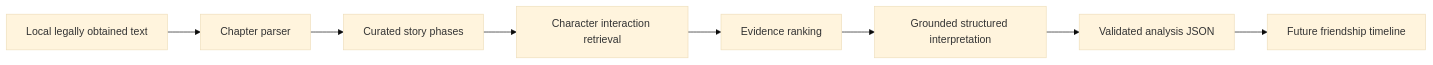
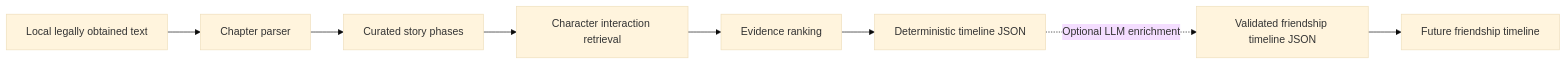
The diagram in README.md (haleyparks329/potter-new-haley), drawn with Mermaid (base theme) before and after one commit. The commit also changed other lines of this file and 4 other files, not shown here.

Commit message:
Generate deterministic friendship timeline contract

````diff
--- a/README.md
+++ b/README.md
@@ -18,10 +18,10 @@
 ```mermaid
 flowchart LR
     A[Local legally obtained text] --> B[Chapter parser]
     B --> C[Curated story phases]
     C --> D[Character interaction retrieval]
     D --> E[Evidence ranking]
-    E --> F[Grounded structured interpretation]
-    F --> G[Validated analysis JSON]
+    E --> F[Deterministic timeline JSON]
+    F -. Optional LLM enrichment .-> G[Validated friendship timeline JSON]
     G --> H[Future friendship timeline]
 ```
````
